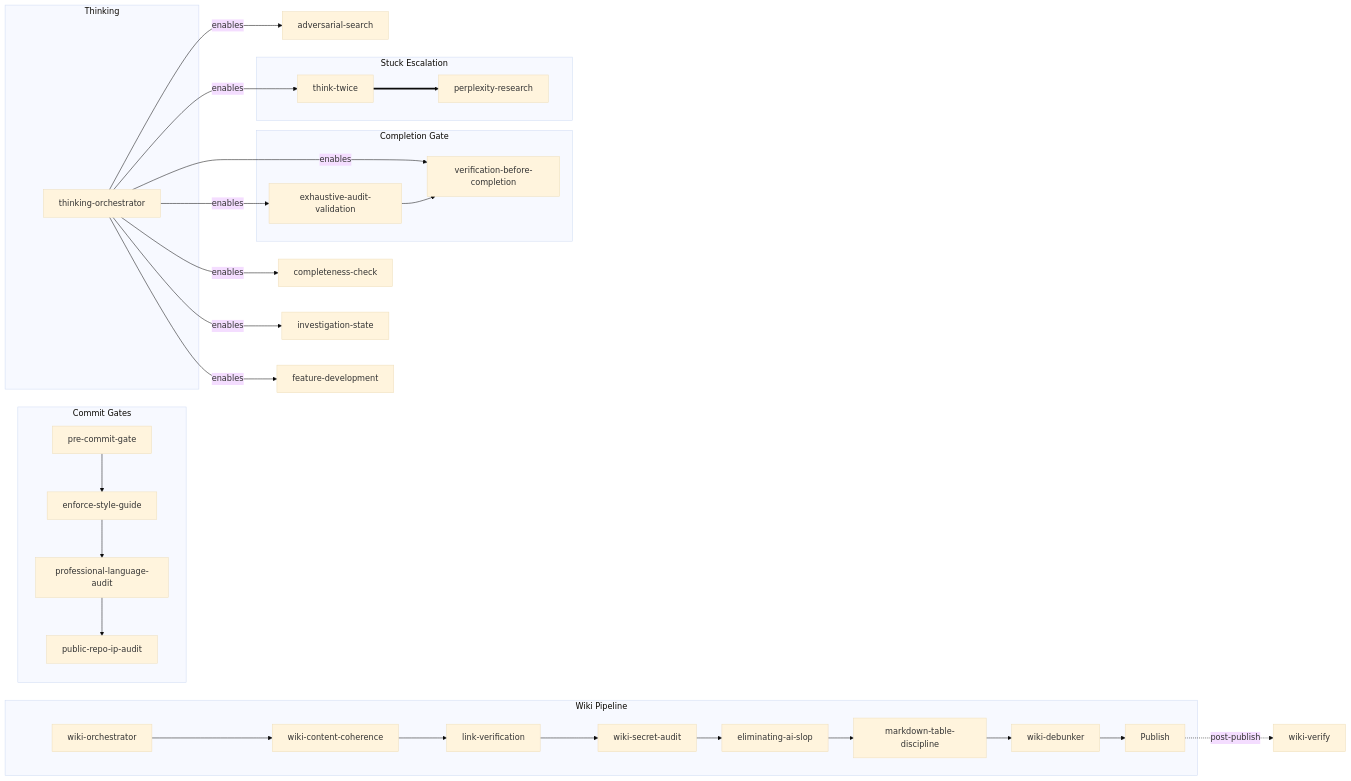
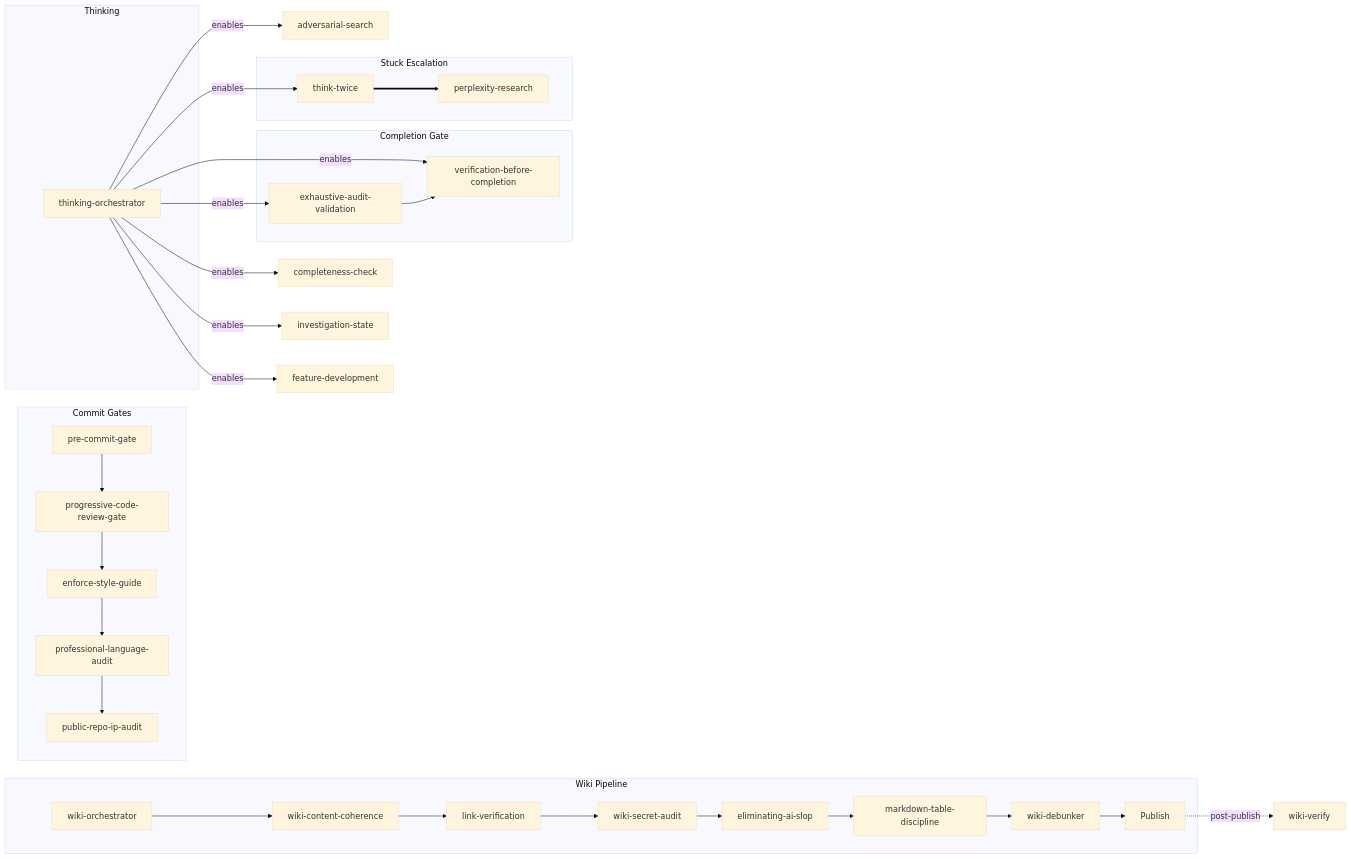
One commit to bordenet/superpowers-plus changed the diagram in README.md. Above: the diagram before and after it, drawn with Mermaid (base theme). The commit also changed other lines of this file and 5 other files, not shown here.

First line of the commit message:
feat: add progressive-code-review-gate skill (commit-gate order 2)

````diff
--- a/README.md
+++ b/README.md
@@ -202,40 +203,41 @@
 ```mermaid
 graph LR
   subgraph commit-gates["Commit Gates"]
-    pre_commit_gate["pre-commit-gate"] --> enforce_style_guide["enforce-style-guide"]
+    pre_commit_gate["pre-commit-gate"] --> progressive_code_review_gate["progressive-code-review-gate"]
+    progressive_code_review_gate --> enforce_style_guide["enforce-style-guide"]
     enforce_style_guide --> professional_language_audit["professional-language-audit"]
     professional_language_audit --> public_repo_ip_audit["public-repo-ip-audit"]
   end
 
   subgraph completion-gate["Completion Gate"]
     exhaustive_audit_validation["exhaustive-audit-validation"] --> verification_before_completion["verification-before-completion"]
   end
 
   subgraph thinking["Thinking"]
     thinking_orchestrator["thinking-orchestrator"]
   end
 
   subgraph wiki-pipeline["Wiki Pipeline"]
     wiki_orchestrator["wiki-orchestrator"] --> wiki_content_coherence["wiki-content-coherence"]
     wiki_content_coherence --> link_verification["link-verification"]
     link_verification --> wiki_secret_audit["wiki-secret-audit"]
     wiki_secret_audit --> eliminating_ai_slop["eliminating-ai-slop"]
     eliminating_ai_slop --> markdown_table_discipline["markdown-table-discipline"]
     markdown_table_discipline --> wiki_debunker["wiki-debunker"]
     wiki_debunker --> publish["Publish"]
   end
 
   publish -.->|post-publish| wiki_verify["wiki-verify"]
 
   subgraph stuck-escalation["Stuck Escalation"]
     think_twice["think-twice"] ==> perplexity_research["perplexity-research"]
   end
 
   thinking_orchestrator -->|enables| adversarial_search["adversarial-search"]
   thinking_orchestrator -->|enables| think_twice
   thinking_orchestrator -->|enables| verification_before_completion
   thinking_orchestrator -->|enables| exhaustive_audit_validation
   thinking_orchestrator -->|enables| completeness_check["completeness-check"]
   thinking_orchestrator -->|enables| investigation_state["investigation-state"]
   thinking_orchestrator -->|enables| feature_development["feature-development"]
 ```
````
